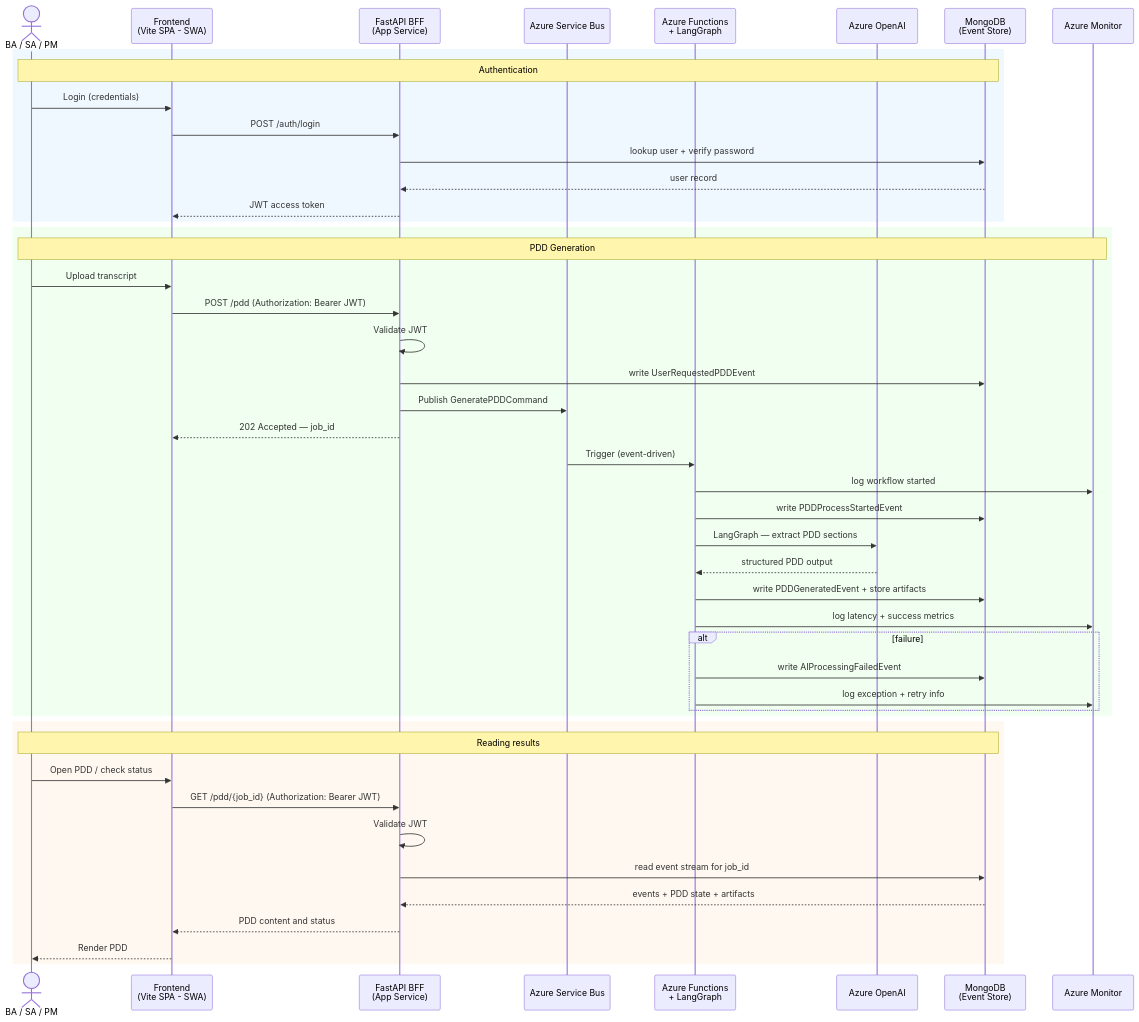
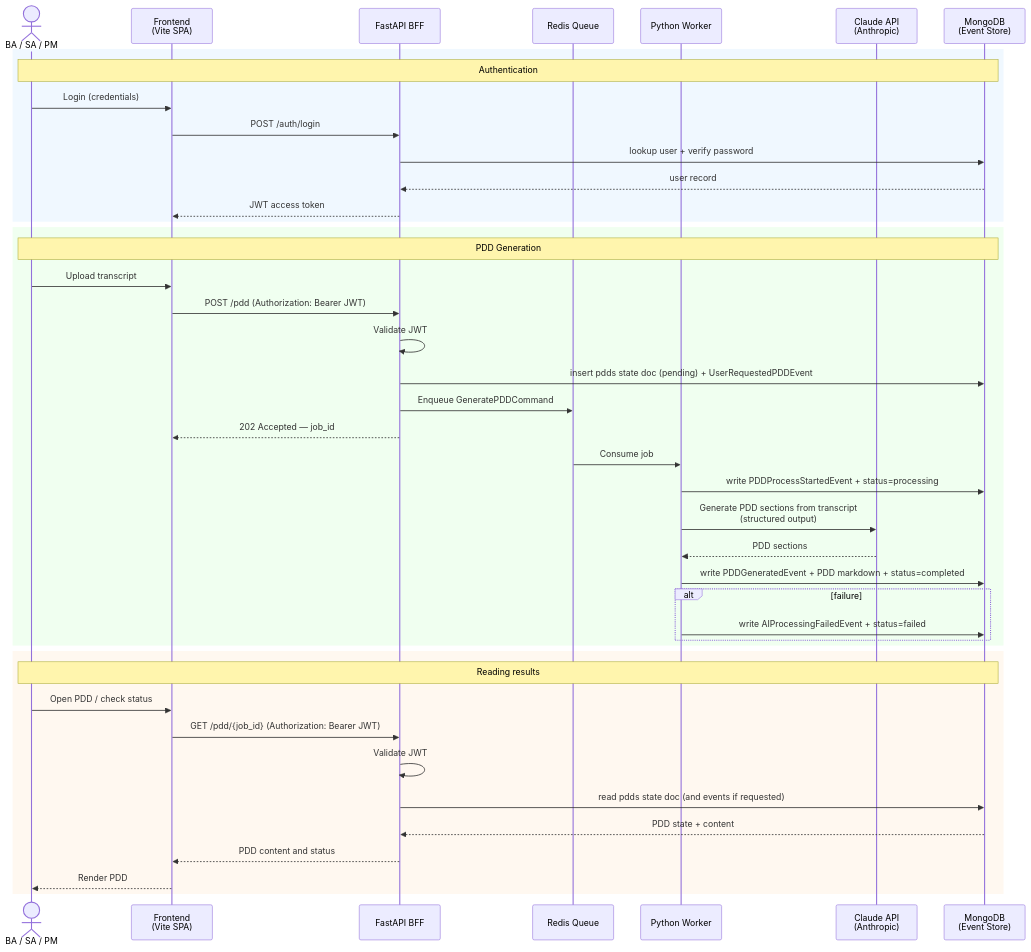
Before and after one commit to Make310/PDD-Creator: the diagram in docs/architecture.md, drawn with Mermaid. The commit also changed other lines of this file and 8 other files, not shown here.

````diff
--- a/docs/architecture.md
+++ b/docs/architecture.md
@@ -10,56 +22,52 @@
 ```mermaid
 sequenceDiagram
     actor User as BA / SA / PM
-    participant FE as Frontend<br/>(Vite SPA - SWA)
-    participant API as FastAPI BFF<br/>(App Service)
-    participant Bus as Azure Service Bus
-    participant Func as Azure Functions<br/>+ LangGraph
-    participant OpenAI as Azure OpenAI
+    participant FE as Frontend<br/>(Vite SPA)
+    participant API as FastAPI BFF
+    participant Queue as Redis Queue
+    participant Worker as Python Worker
+    participant Claude as Claude API<br/>(Anthropic)
     participant Mongo as MongoDB<br/>(Event Store)
-    participant Monitor as Azure Monitor
 
     rect rgb(240, 248, 255)
         note over User, Mongo: Authentication
         User->>FE: Login (credentials)
         FE->>API: POST /auth/login
         API->>Mongo: lookup user + verify password
         Mongo-->>API: user record
         API-->>FE: JWT access token
     end
 
     rect rgb(240, 255, 240)
-        note over User, Monitor: PDD Generation
+        note over User, Mongo: PDD Generation
         User->>FE: Upload transcript
         FE->>API: POST /pdd (Authorization: Bearer JWT)
         API->>API: Validate JWT
-        API->>Mongo: write UserRequestedPDDEvent
-        API->>Bus: Publish GeneratePDDCommand
+        API->>Mongo: insert pdds state doc (pending) + UserRequestedPDDEvent
+        API->>Queue: Enqueue GeneratePDDCommand
         API-->>FE: 202 Accepted — job_id
 
-        Bus->>Func: Trigger (event-driven)
-        Func->>Monitor: log workflow started
-        Func->>Mongo: write PDDProcessStartedEvent
+        Queue->>Worker: Consume job
+        Worker->>Mongo: write PDDProcessStartedEvent + status=processing
 
-        Func->>OpenAI: LangGraph — extract PDD sections
-        OpenAI-->>Func: structured PDD output
+        Worker->>Claude: Generate PDD sections from transcript<br/>(structured output)
+        Claude-->>Worker: PDD sections
 
-        Func->>Mongo: write PDDGeneratedEvent + store artifacts
-        Func->>Monitor: log latency + success metrics
+        Worker->>Mongo: write PDDGeneratedEvent + PDD markdown + status=completed
 
         alt failure
-            Func->>Mongo: write AIProcessingFailedEvent
-            Func->>Monitor: log exception + retry info
+            Worker->>Mongo: write AIProcessingFailedEvent + status=failed
         end
     end
 
     rect rgb(255, 248, 240)
         note over User, Mongo: Reading results
         User->>FE: Open PDD / check status
         FE->>API: GET /pdd/{job_id} (Authorization: Bearer JWT)
         API->>API: Validate JWT
-        API->>Mongo: read event stream for job_id
-        Mongo-->>API: events + PDD state + artifacts
+        API->>Mongo: read pdds state doc (and events if requested)
+        Mongo-->>API: PDD state + content
         API-->>FE: PDD content and status
         FE-->>User: Render PDD
     end
 ```
````
